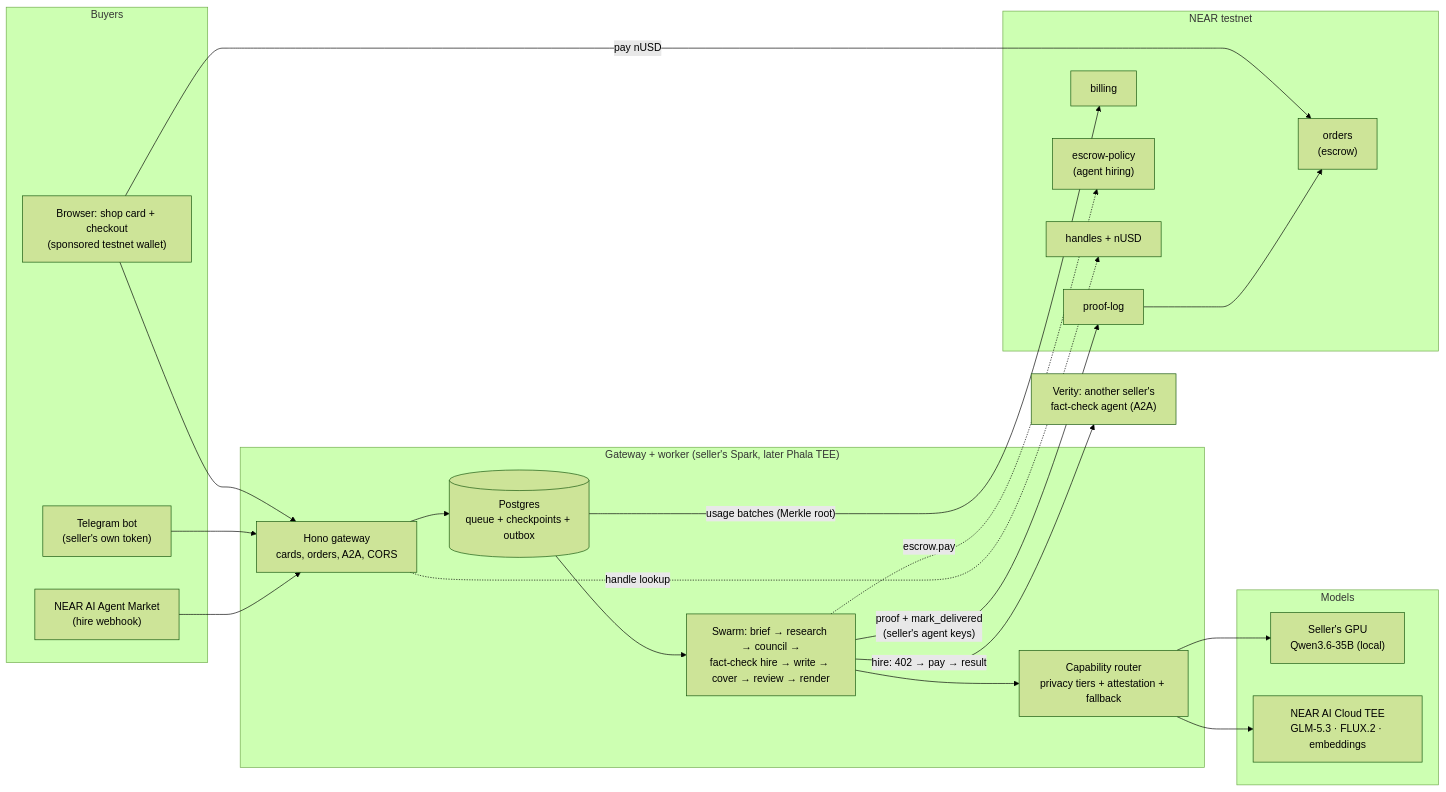
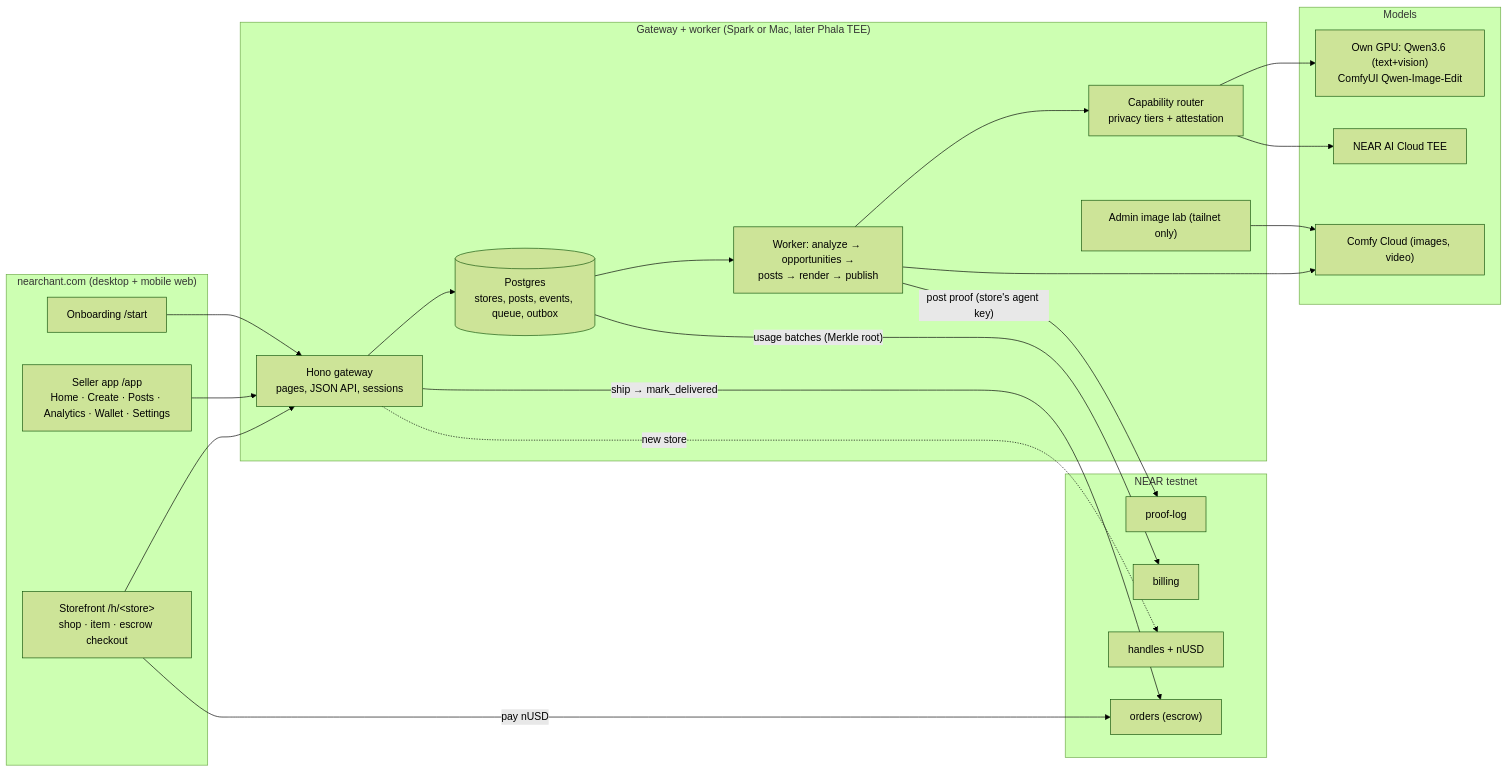
Before and after one commit to vlmoon99/nearchant: the diagram in README.md, drawn with Mermaid (forest theme). The commit also changed other lines of this file and 1 other file, not shown here.

Commit message:
docs: README and demo script for the content-store story (ADR 0018)

````diff
--- a/README.md
+++ b/README.md
@@ -31,39 +38,39 @@
 ```mermaid
 flowchart LR
-  subgraph Buyers
-    W["Browser: shop card + checkout<br/>(sponsored testnet wallet)"]
-    T["Telegram bot<br/>(seller's own token)"]
-    M["NEAR AI Agent Market<br/>(hire webhook)"]
+  subgraph Web["nearchant.com (desktop + mobile web)"]
+    O["Onboarding /start"]
+    A["Seller app /app<br/>Home · Create · Posts · Analytics · Wallet · Settings"]
+    S["Storefront /h/&lt;store&gt;<br/>shop · item · escrow checkout"]
   end
-  subgraph Gateway["Gateway + worker (seller's Spark, later Phala TEE)"]
-    G["Hono gateway<br/>cards, orders, A2A, CORS"]
-    Q[("Postgres<br/>queue + checkpoints + outbox")]
-    S["Swarm: brief → research → council →<br/>fact-check hire → write → cover → review → render"]
-    R["Capability router<br/>privacy tiers + attestation + fallback"]
+  subgraph Gateway["Gateway + worker (Spark or Mac, later Phala TEE)"]
+    G["Hono gateway<br/>pages, JSON API, sessions"]
+    Q[("Postgres<br/>stores, posts, events, queue, outbox")]
+    W["Worker: analyze → opportunities →<br/>posts → render → publish"]
+    R["Capability router<br/>privacy tiers + attestation"]
+    L["Admin image lab (tailnet only)"]
   end
   subgraph Models
-    L["Seller's GPU<br/>Qwen3.6-35B (local)"]
-    N["NEAR AI Cloud TEE<br/>GLM-5.3 · FLUX.2 · embeddings"]
+    LL["Own GPU: Qwen3.6 (text+vision)<br/>ComfyUI Qwen-Image-Edit"]
+    NA["NEAR AI Cloud TEE"]
+    CC["Comfy Cloud (images, video)"]
   end
   subgraph NEAR["NEAR testnet"]
-    O["orders<br/>(escrow)"]
-    P["proof-log"]
-    B["billing"]
-    E["escrow-policy<br/>(agent hiring)"]
-    H["handles + nUSD"]
+    OR["orders (escrow)"]
+    PL["proof-log"]
+    BI["billing"]
+    HN["handles + nUSD"]
   end
-  V["Verity: another seller's<br/>fact-check agent (A2A)"]
-  W -- "pay nUSD" --> O
-  W --> G
-  T --> G
-  M --> G
-  G --> Q --> S --> R
-  R --> L
-  R --> N
-  S -- "hire: 402 → pay → result" --> V
-  S -. "escrow.pay" .-> E
-  S -- "proof + mark_delivered<br/>(seller's agent keys)" --> P
-  P --> O
-  Q -- "usage batches (Merkle root)" --> B
-  G -. "handle lookup" .-> H
+  O --> G
+  A --> G
+  S --> G
+  G --> Q --> W --> R
+  R --> LL
+  R --> NA
+  W --> CC
+  L --> CC
+  S -- "pay nUSD" --> OR
+  W -- "post proof (store's agent key)" --> PL
+  G -- "ship → mark_delivered" --> OR
+  Q -- "usage batches (Merkle root)" --> BI
+  G -. "new store" .-> HN
 ```
````
